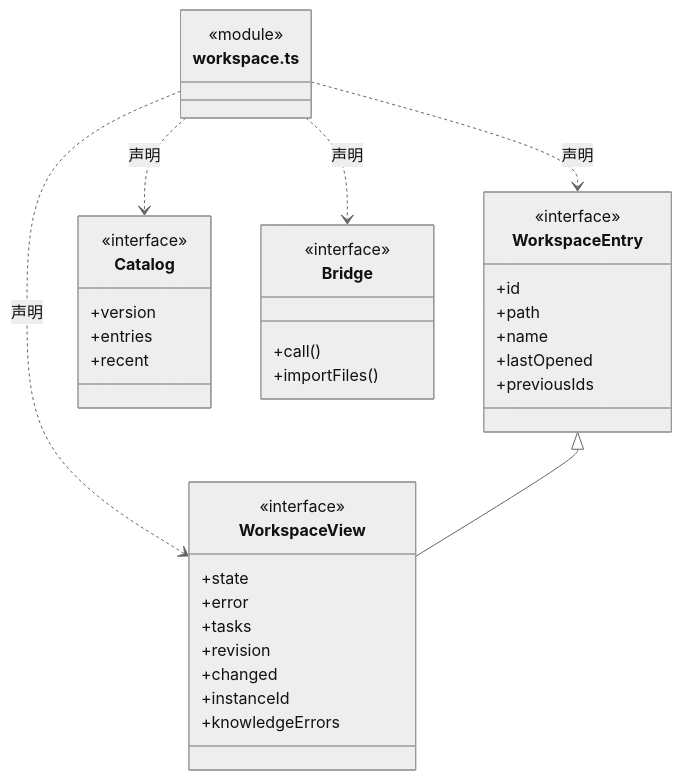
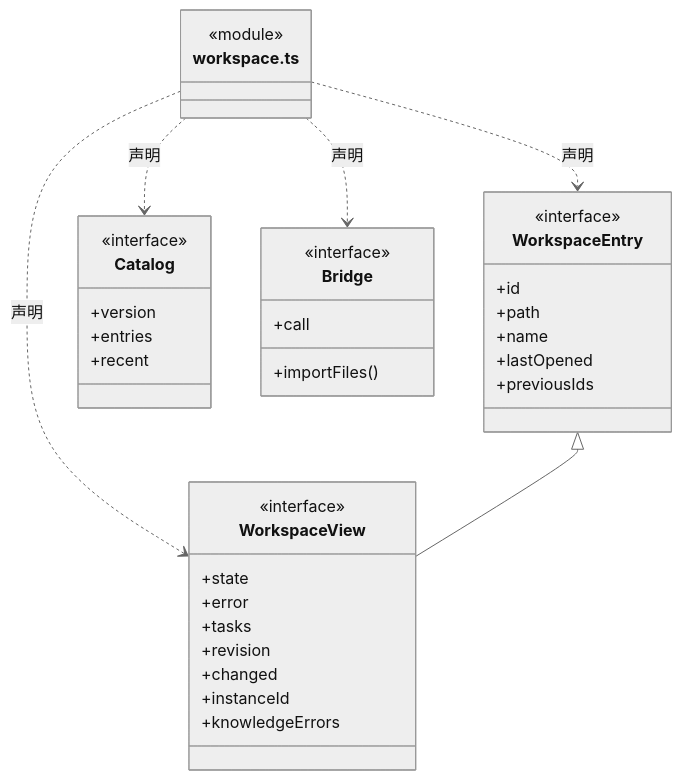
Before and after one commit to nan023062/cbim: diagram 33 of 34 in src/bridge/contracts/ARCHITECTURE.md, drawn with Mermaid (neutral theme). The commit also changed other lines of this file and 34 other files, not shown here.

````diff
--- a/src/bridge/contracts/ARCHITECTURE.md
+++ b/src/bridge/contracts/ARCHITECTURE.md
@@ -504,40 +574,40 @@
 ```mermaid
 classDiagram
 class N_src_bridge_contracts_workspace_ts["workspace.ts"] {
   <<module>>
 }
 class N_src_bridge_contracts_workspace_ts_WorkspaceEntry["WorkspaceEntry"] {
   <<interface>>
   +id
   +path
   +name
   +lastOpened
   +previousIds
 }
 N_src_bridge_contracts_workspace_ts ..> N_src_bridge_contracts_workspace_ts_WorkspaceEntry : 声明
 class N_src_bridge_contracts_workspace_ts_Catalog["Catalog"] {
   <<interface>>
   +version
   +entries
   +recent
 }
 N_src_bridge_contracts_workspace_ts ..> N_src_bridge_contracts_workspace_ts_Catalog : 声明
 class N_src_bridge_contracts_workspace_ts_WorkspaceView["WorkspaceView"] {
   <<interface>>
   +state
   +error
   +tasks
   +revision
   +changed
   +instanceId
   +knowledgeErrors
 }
 N_src_bridge_contracts_workspace_ts ..> N_src_bridge_contracts_workspace_ts_WorkspaceView : 声明
 N_src_bridge_contracts_workspace_ts_WorkspaceEntry <|-- N_src_bridge_contracts_workspace_ts_WorkspaceView
 class N_src_bridge_contracts_workspace_ts_Bridge["Bridge"] {
   <<interface>>
-  +call()
+  +call
   +importFiles()
 }
 N_src_bridge_contracts_workspace_ts ..> N_src_bridge_contracts_workspace_ts_Bridge : 声明
 ```
````
